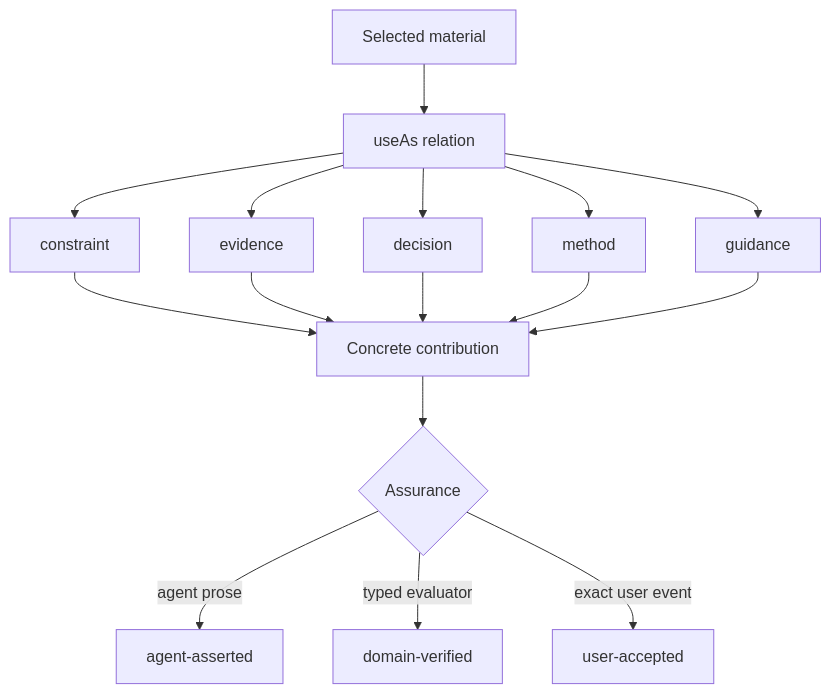
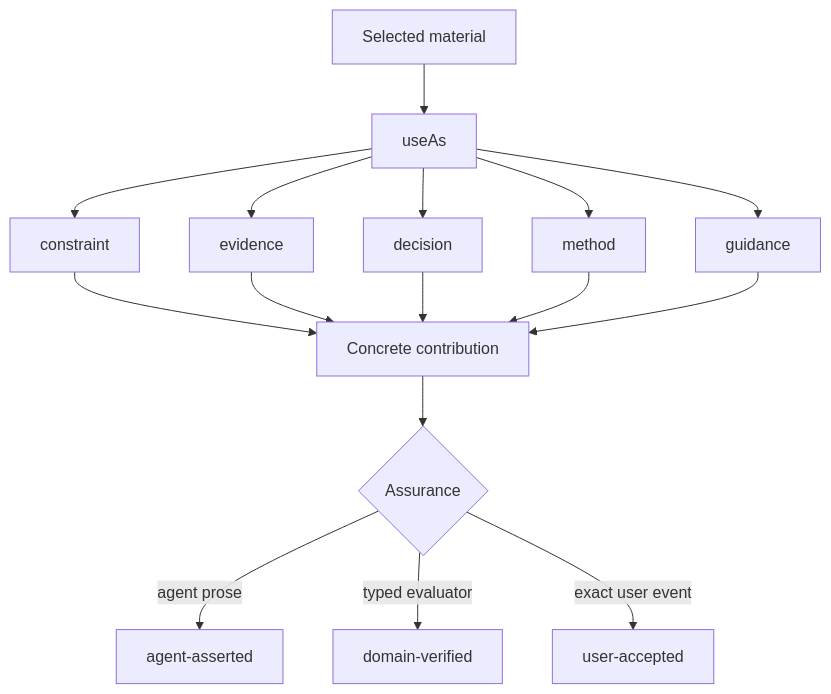
One commit to dev-hobin/agent changed the fourth of 4 diagrams in packages/judgment/docs/runtime-flow.md. Above: the diagram before and after it, drawn with Mermaid. The commit also changed other lines of this file and 24 other files, not shown here.

````diff
--- a/packages/judgment/docs/runtime-flow.md
+++ b/packages/judgment/docs/runtime-flow.md
@@ -56,14 +65,14 @@
 ```mermaid
 flowchart TD
-  M[Selected material] --> U[useAs relation]
+  M[Selected material] --> U[useAs]
   U --> K[constraint]
   U --> E[evidence]
   U --> D[decision]
   U --> T[method]
   U --> G[guidance]
   K & E & D & T & G --> C[Concrete contribution]
   C --> A{Assurance}
   A -->|agent prose| AA[agent-asserted]
   A -->|typed evaluator| DV[domain-verified]
   A -->|exact user event| UA[user-accepted]
 ```
````
